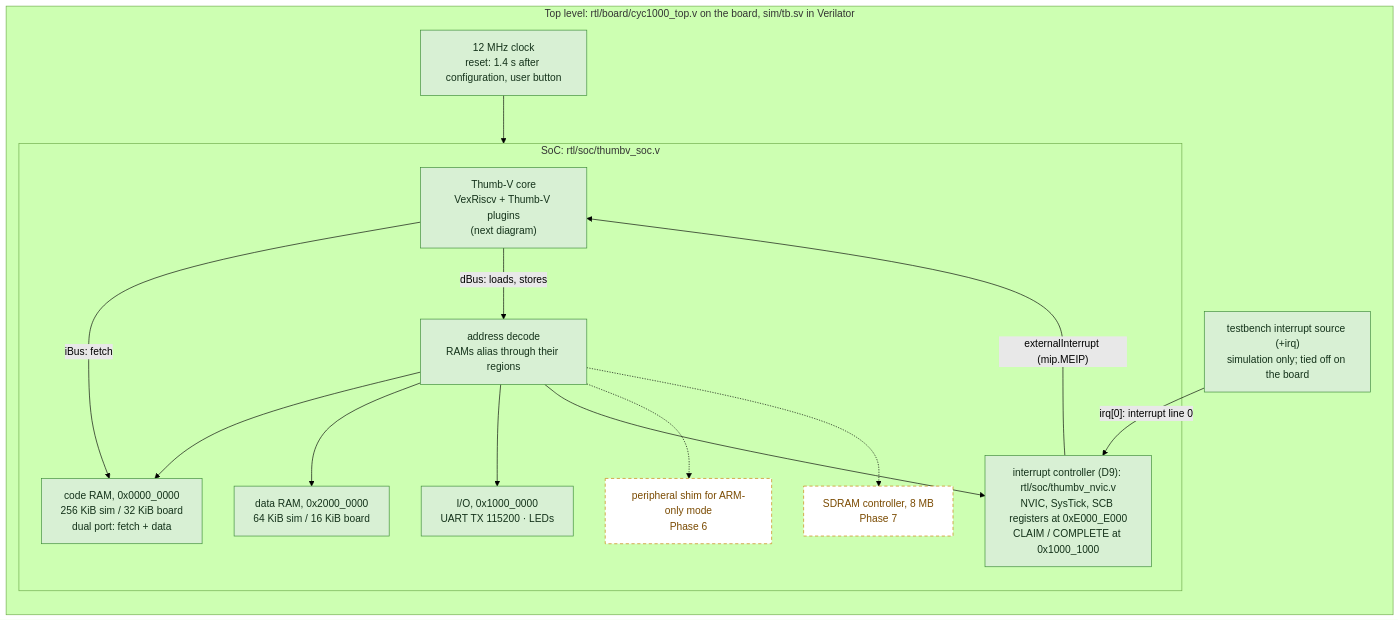
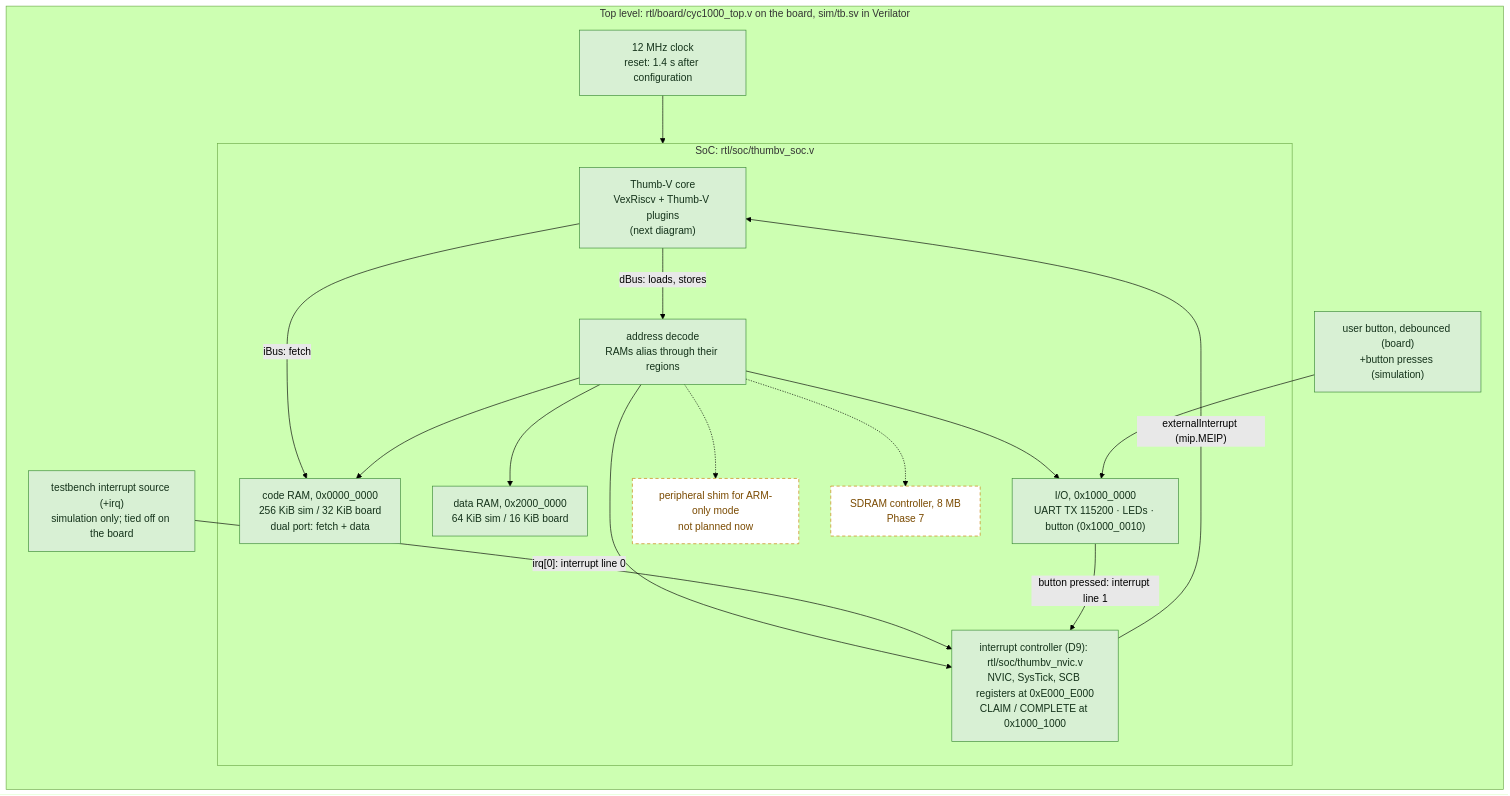
The first of 2 diagrams in docs/architecture.md (oskarvh/thumb-v), drawn with Mermaid (forest theme) before and after one commit. The commit also changed other lines of this file and 18 other files, not shown here.

First line of the commit message:
Board demo: the button switches a FreeRTOS blinky between its RISC-V and Thumb builds

````diff
--- a/docs/architecture.md
+++ b/docs/architecture.md
@@ -16,33 +16,36 @@
 ```mermaid
 flowchart LR
     classDef stock fill:#eeeeee,stroke:#777777,color:#222222
     classDef thumbv fill:#d8f0d4,stroke:#3a8a35,color:#14321a
     classDef planned fill:#ffffff,stroke:#c77d00,stroke-dasharray:5 4,color:#7a4a00
 
     subgraph TOP["Top level: rtl/board/cyc1000_top.v on the board, sim/tb.sv in Verilator"]
-        CLK["12 MHz clock<br/>reset: 1.4 s after configuration, user button"]:::thumbv
+        CLK["12 MHz clock<br/>reset: 1.4 s after configuration"]:::thumbv
+        BTN["user button, debounced (board)<br/>+button presses (simulation)"]:::thumbv
         TBIRQ["testbench interrupt source (+irq)<br/>simulation only; tied off on the board"]:::thumbv
         subgraph SOC["SoC: rtl/soc/thumbv_soc.v"]
             CORE["Thumb-V core<br/>VexRiscv + Thumb-V plugins<br/>(next diagram)"]:::thumbv
             DEC["address decode<br/>RAMs alias through their regions"]:::thumbv
             CODE["code RAM, 0x0000_0000<br/>256 KiB sim / 32 KiB board<br/>dual port: fetch + data"]:::thumbv
             DATA["data RAM, 0x2000_0000<br/>64 KiB sim / 16 KiB board"]:::thumbv
-            IO["I/O, 0x1000_0000<br/>UART TX 115200 · LEDs"]:::thumbv
+            IO["I/O, 0x1000_0000<br/>UART TX 115200 · LEDs · button (0x1000_0010)"]:::thumbv
             NVIC["interrupt controller (D9): rtl/soc/thumbv_nvic.v<br/>NVIC, SysTick, SCB registers at 0xE000_E000<br/>CLAIM / COMPLETE at 0x1000_1000"]:::thumbv
-            SHIM["peripheral shim for ARM-only mode<br/>Phase 6"]:::planned
+            SHIM["peripheral shim for ARM-only mode<br/>not planned now"]:::planned
             SDRAM["SDRAM controller, 8 MB<br/>Phase 7"]:::planned
         end
     end
 
     CORE -- "iBus: fetch" --> CODE
     CORE -- "dBus: loads, stores" --> DEC
     DEC --> CODE
     DEC --> DATA
     DEC --> IO
     DEC --> NVIC
     DEC -.-> SHIM
     DEC -.-> SDRAM
     NVIC -- "externalInterrupt (mip.MEIP)" --> CORE
     TBIRQ -- "irq[0]: interrupt line 0" --> NVIC
+    BTN --> IO
+    IO -- "button pressed: interrupt line 1" --> NVIC
     CLK --> SOC
 ```
````
